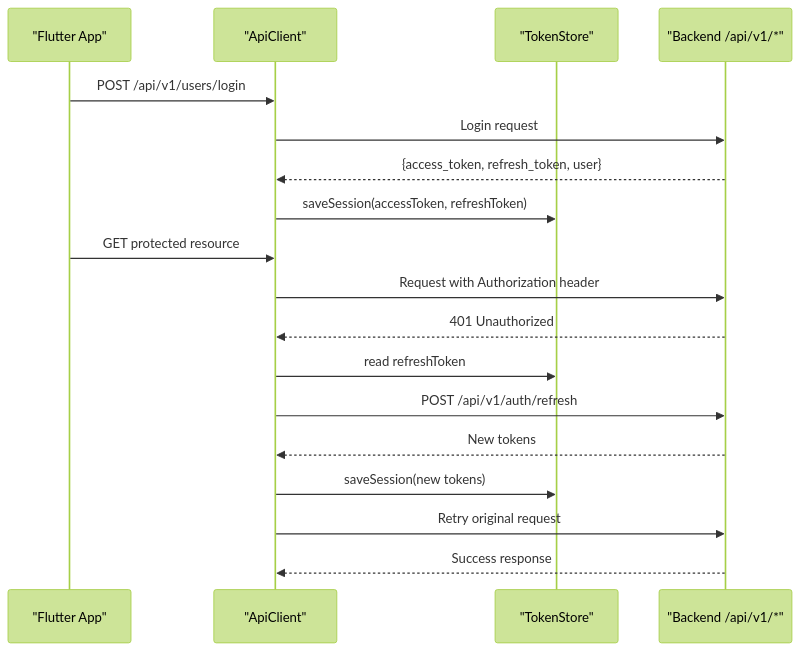
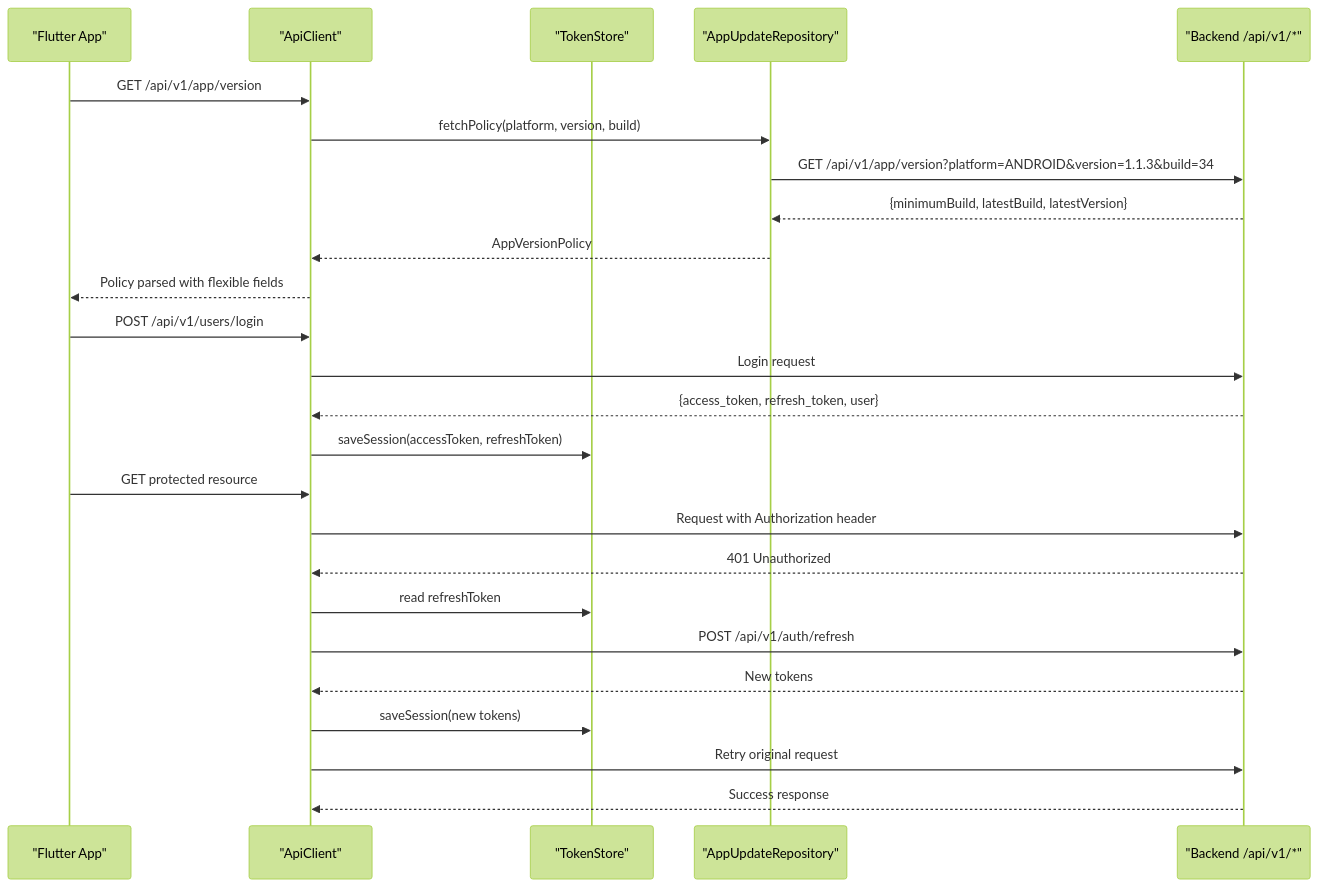
One commit to Advanstech/Lidapay-shop changed the second of 11 diagrams in .qoder/repowiki/en/content/API Documentation/API Documentation.md. Above: the diagram before and after it, drawn with Mermaid (forest theme). The commit also changed other lines of this file and 174 other files, not shown here.

First line of the commit message:
docs: update app version policy and Android build guidance

````diff
--- a/.qoder/repowiki/en/content/API Documentation/API Documentation.md
+++ b/.qoder/repowiki/en/content/API Documentation/API Documentation.md
@@ -93,20 +121,27 @@
 ```mermaid
 sequenceDiagram
 participant App as "Flutter App"
 participant Client as "ApiClient"
 participant Store as "TokenStore"
+participant Repo as "AppUpdateRepository"
 participant Server as "Backend /api/v1/*"
+App->>Client : GET /api/v1/app/version
+Client->>Repo : fetchPolicy(platform, version, build)
+Repo->>Server : GET /api/v1/app/version?platform=ANDROID&version=1.1.3&build=34
+Server-->>Repo : {minimumBuild, latestBuild, latestVersion}
+Repo-->>Client : AppVersionPolicy
+Client-->>App : Policy parsed with flexible fields
 App->>Client : POST /api/v1/users/login
 Client->>Server : Login request
 Server-->>Client : {access_token, refresh_token, user}
 Client->>Store : saveSession(accessToken, refreshToken)
 App->>Client : GET protected resource
 Client->>Server : Request with Authorization header
 Server-->>Client : 401 Unauthorized
 Client->>Store : read refreshToken
 Client->>Server : POST /api/v1/auth/refresh
 Server-->>Client : New tokens
 Client->>Store : saveSession(new tokens)
 Client->>Server : Retry original request
 Server-->>Client : Success response
 ```
````
